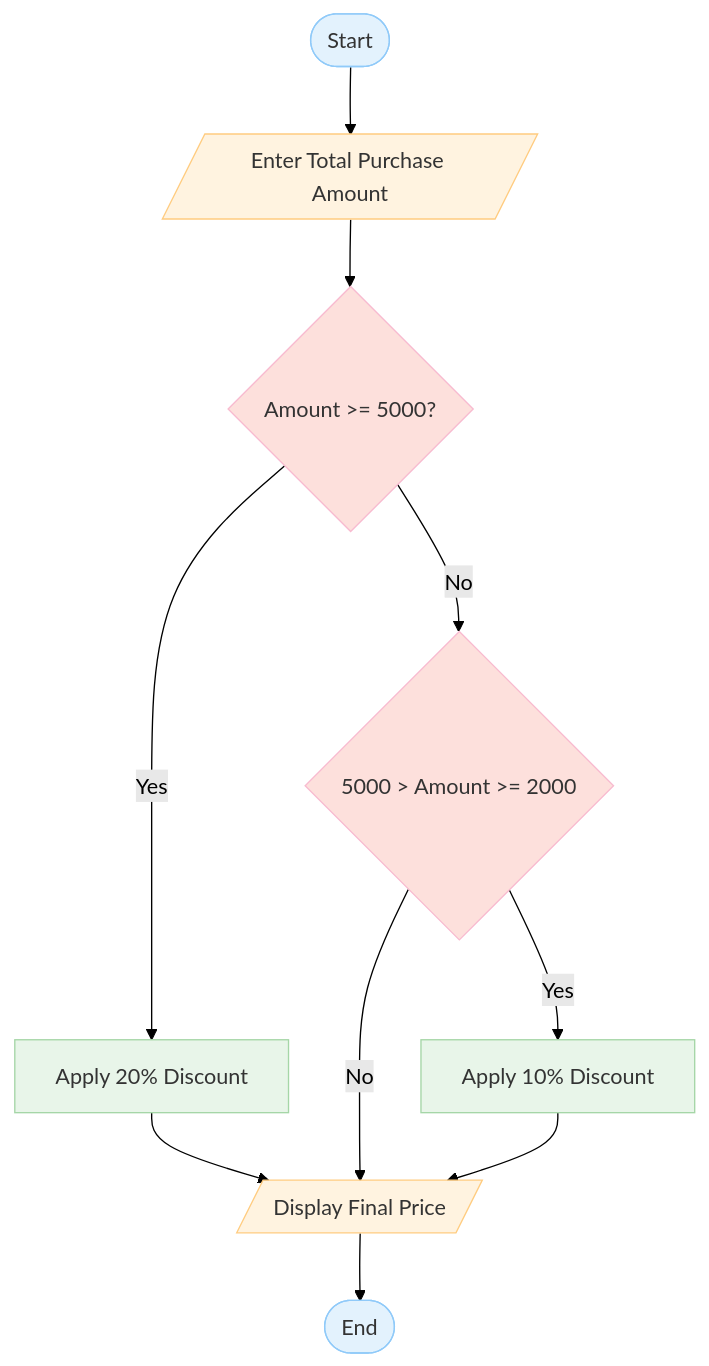
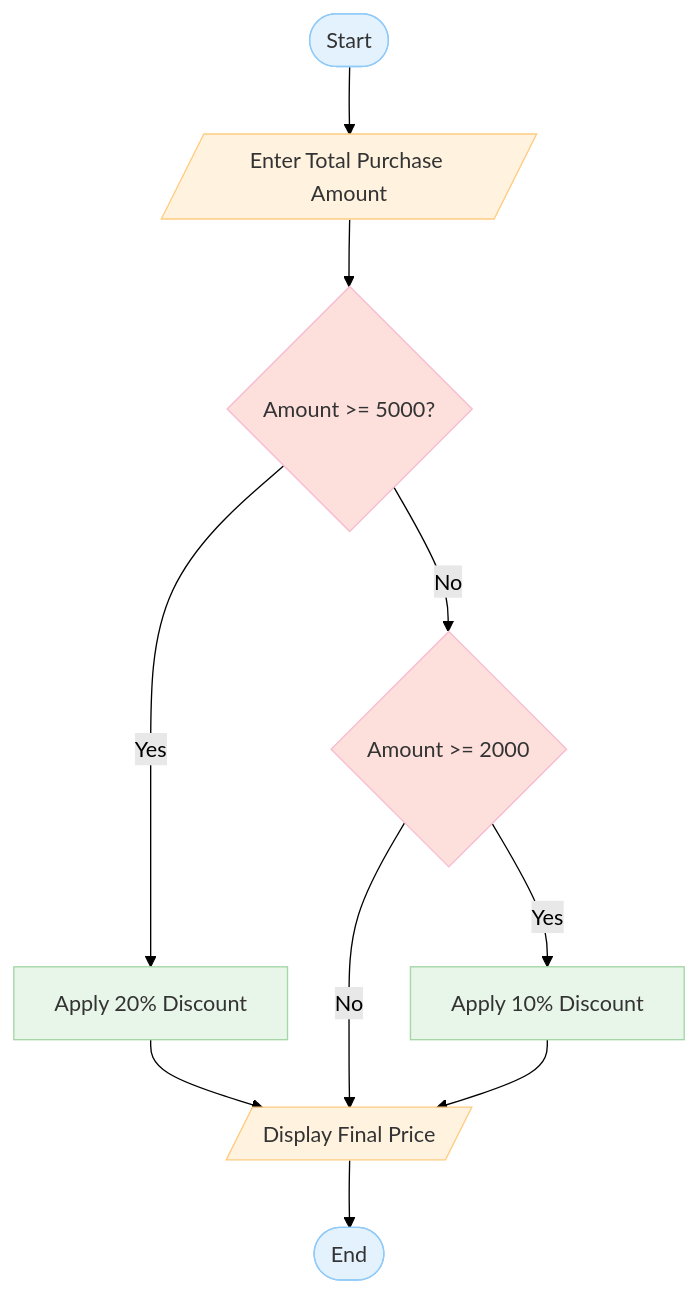
Before and after one commit to joelBIT/workshop-pseudocode-flowcharts: the fourth of 5 diagrams in README.md, drawn with Mermaid (forest theme). The commit also changed other lines of this file, not shown here.

````diff
--- a/README.md
+++ b/README.md
@@ -146,18 +146,18 @@
 ```mermaid
 flowchart TD
     A([Start]):::term --> B[/Enter Total Purchase Amount/]:::io
     B --> C{Amount >= 5000?}:::dec
-    C -- No --> D{5000 > Amount >= 2000}:::dec
+    C -- No --> D{Amount >= 2000}:::dec
     C -- Yes --> E[Apply 20% Discount]:::proc
     E --> Y[/Display Final Price/]:::io
     Y --> X([End]):::term
     D -- No --> Y[/Display Final Price/]:::io
     D -- Yes --> F[Apply 10% Discount]:::proc
     F --> Y[/Display Final Price/]:::io
     
 
 classDef term fill:#e3f2fd,stroke:#90caf9,color:#333,stroke-width:1px;
 classDef io fill:#fff3e0,stroke:#ffcc80,color:#333,stroke-width:1px;
 classDef dec fill:#fde0dc,stroke:#f8bbd0,color:#333,stroke-width:1px;
 classDef proc fill:#e8f5e9,stroke:#a5d6a7,color:#333,stroke-width:1px;
 ```
````
